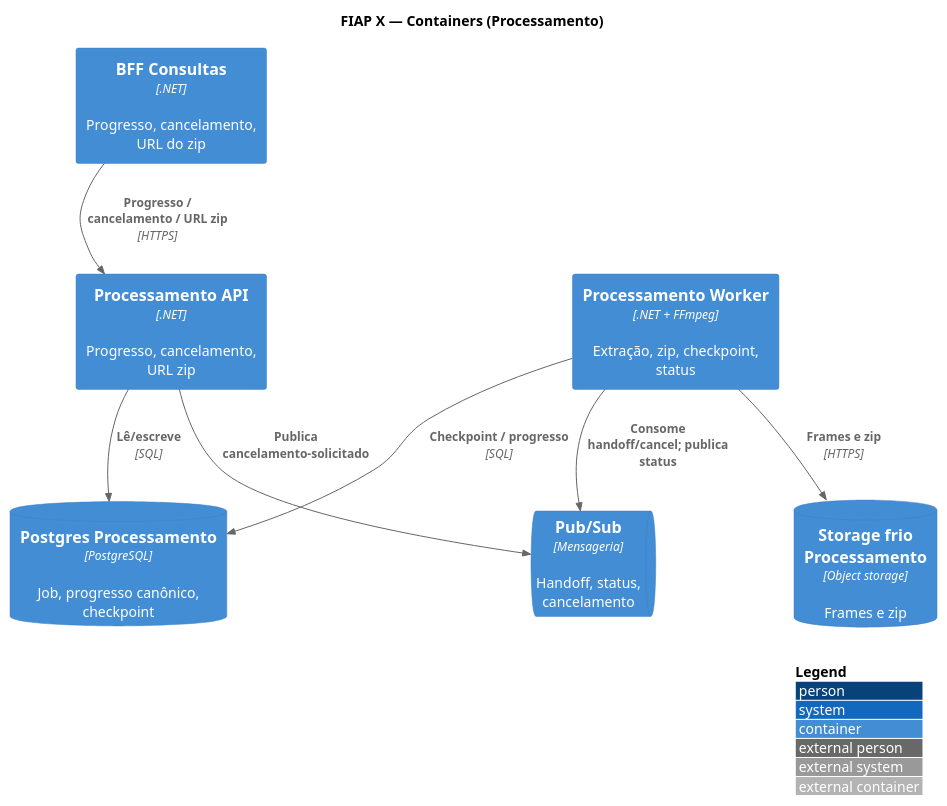
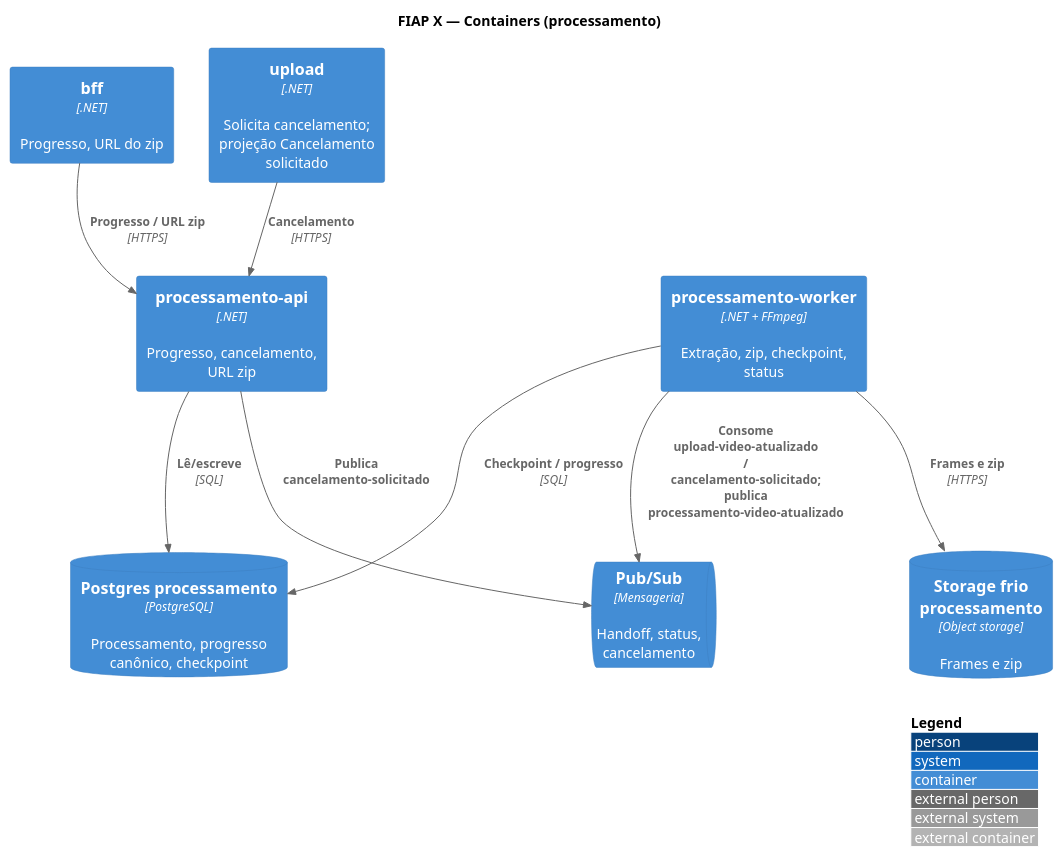
One commit to fiap-x-vcosta/docs changed the diagram in arquitetura/04_containers-processamento.puml. Above: the diagram before and after it, drawn with PlantUML. The commit also changed 41 other files, not shown here.

First line of the commit message:
docs: unificar tópicos upload/processamento e padronizar serviços

```diff
--- a/arquitetura/04_containers-processamento.puml
+++ b/arquitetura/04_containers-processamento.puml
@@ -1,29 +1,32 @@
 @startuml 04_containers-processamento
 !include https://raw.githubusercontent.com/plantuml-stdlib/C4-PlantUML/master/C4_Container.puml
 
 LAYOUT_WITH_LEGEND()
 LAYOUT_TOP_DOWN()
 
-title FIAP X — Containers (Processamento)
+title FIAP X — Containers (processamento)
 
-Container(bff, "BFF Consultas", ".NET", "Progresso, cancelamento, URL do zip")
-Container(procApi, "Processamento API", ".NET", "Progresso, cancelamento, URL zip")
-Container(procWorker, "Processamento Worker", ".NET + FFmpeg", "Extração, zip, checkpoint, status")
-ContainerDb(pgProc, "Postgres Processamento", "PostgreSQL", "Job, progresso canônico, checkpoint")
-ContainerDb(frioProc, "Storage frio Processamento", "Object storage", "Frames e zip")
+Container(bff, "bff", ".NET", "Progresso, URL do zip")
+Container(upload, "upload", ".NET", "Solicita cancelamento; projeção Cancelamento solicitado")
+Container(procApi, "processamento-api", ".NET", "Progresso, cancelamento, URL zip")
+Container(procWorker, "processamento-worker", ".NET + FFmpeg", "Extração, zip, checkpoint, status")
+ContainerDb(pgProc, "Postgres processamento", "PostgreSQL", "Processamento, progresso canônico, checkpoint")
+ContainerDb(frioProc, "Storage frio processamento", "Object storage", "Frames e zip")
 ContainerQueue(pubsub, "Pub/Sub", "Mensageria", "Handoff, status, cancelamento")
 
-Rel(bff, procApi, "Progresso / cancelamento / URL zip", "HTTPS")
+Rel(bff, procApi, "Progresso / URL zip", "HTTPS")
+Rel(upload, procApi, "Cancelamento", "HTTPS")
 Rel(procApi, pgProc, "Lê/escreve", "SQL")
 Rel(procApi, pubsub, "Publica cancelamento-solicitado")
 Rel(procWorker, pgProc, "Checkpoint / progresso", "SQL")
-Rel(procWorker, pubsub, "Consome handoff/cancel; publica status")
+Rel(procWorker, pubsub, "Consome upload-video-atualizado / cancelamento-solicitado; publica processamento-video-atualizado")
 Rel(procWorker, frioProc, "Frames e zip", "HTTPS")
 
 Lay_D(bff, procApi)
+Lay_R(bff, upload)
 Lay_R(procApi, procWorker)
 Lay_D(procApi, pgProc)
 Lay_D(procWorker, frioProc)
 Lay_R(procWorker, pubsub)
 
 @enduml
```
